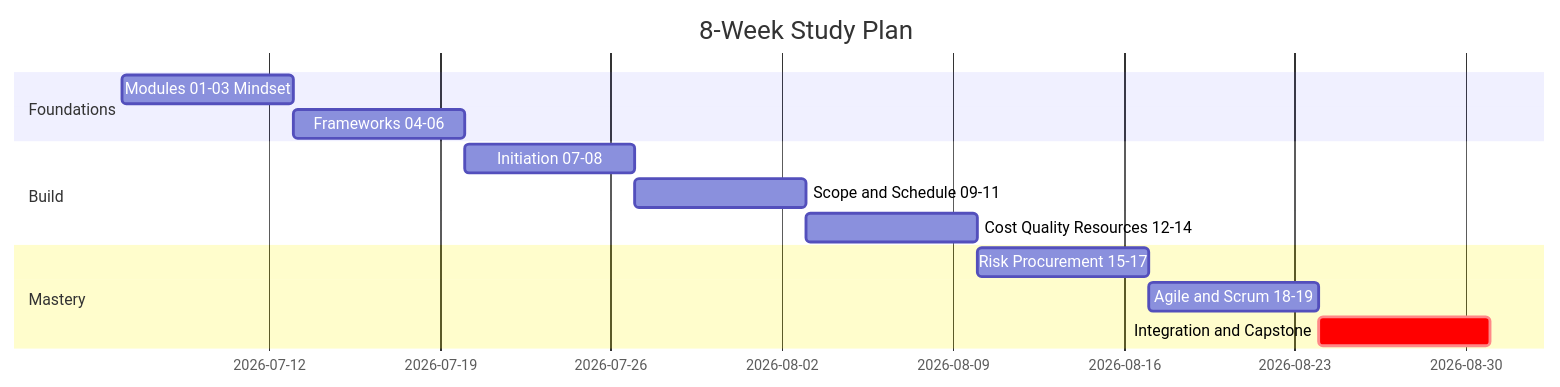
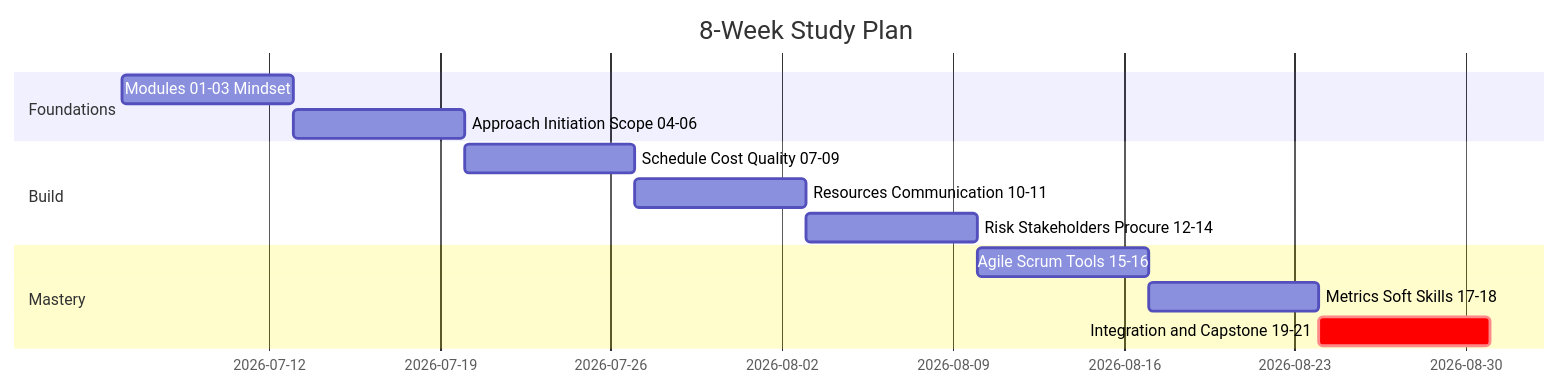
The first of 4 diagrams in reviewer/22-study-plan-and-self-assessment.md (bv-ai-kit/kv-reviewer), drawn with Mermaid before and after one commit. The commit also changed other lines of this file and 23 other files, not shown here.

````diff
--- a/reviewer/22-study-plan-and-self-assessment.md
+++ b/reviewer/22-study-plan-and-self-assessment.md
@@ -37,16 +39,16 @@
 ```mermaid
 gantt
     title 8-Week Study Plan
     dateFormat YYYY-MM-DD
     section Foundations
-    Modules 01-03 Mindset      :a1, 2026-07-06, 7d
-    Frameworks 04-06           :a2, after a1, 7d
+    Modules 01-03 Mindset           :a1, 2026-07-06, 7d
+    Approach Initiation Scope 04-06 :a2, after a1, 7d
     section Build
-    Initiation 07-08           :b1, after a2, 7d
-    Scope and Schedule 09-11   :b2, after b1, 7d
-    Cost Quality Resources 12-14 :b3, after b2, 7d
+    Schedule Cost Quality 07-09     :b1, after a2, 7d
+    Resources Communication 10-11   :b2, after b1, 7d
+    Risk Stakeholders Procure 12-14 :b3, after b2, 7d
     section Mastery
-    Risk Procurement 15-17     :c1, after b3, 7d
-    Agile and Scrum 18-19      :c2, after c1, 7d
-    Integration and Capstone   :crit, c3, after c2, 7d
+    Agile Scrum Tools 15-16         :c1, after b3, 7d
+    Metrics Soft Skills 17-18       :c2, after c1, 7d
+    Integration and Capstone 19-21  :crit, c3, after c2, 7d
 ```
````
